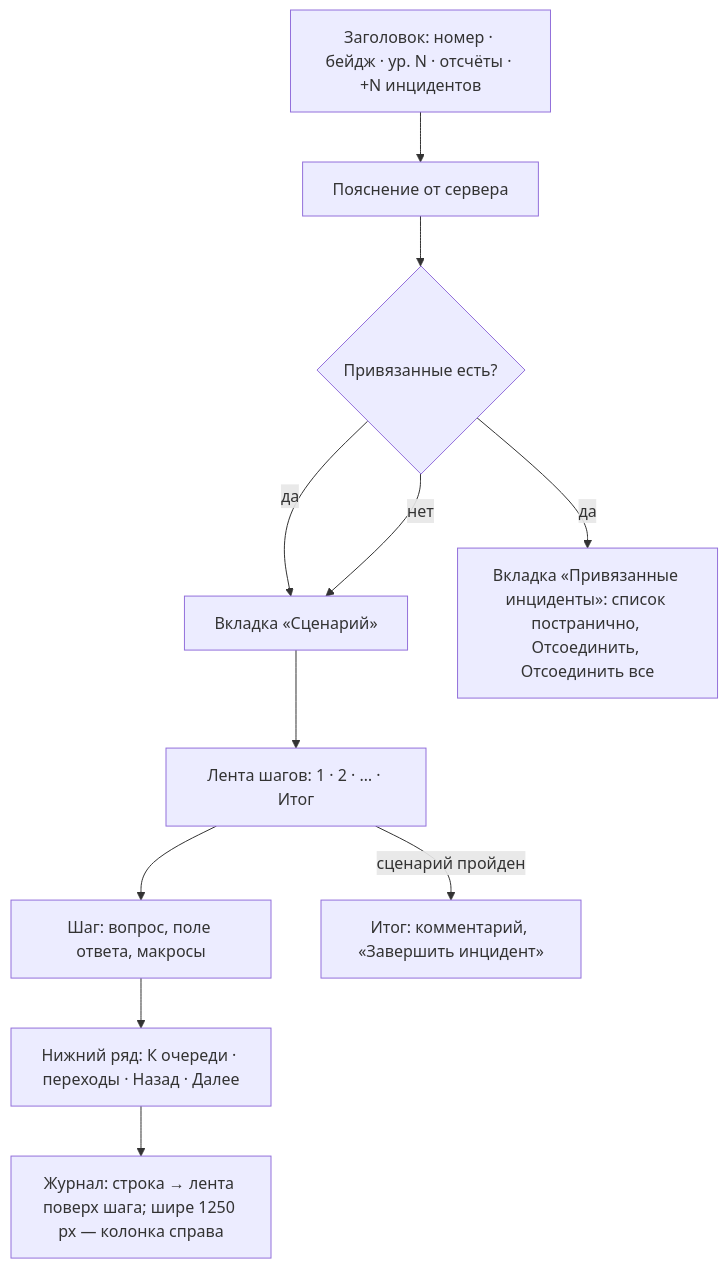
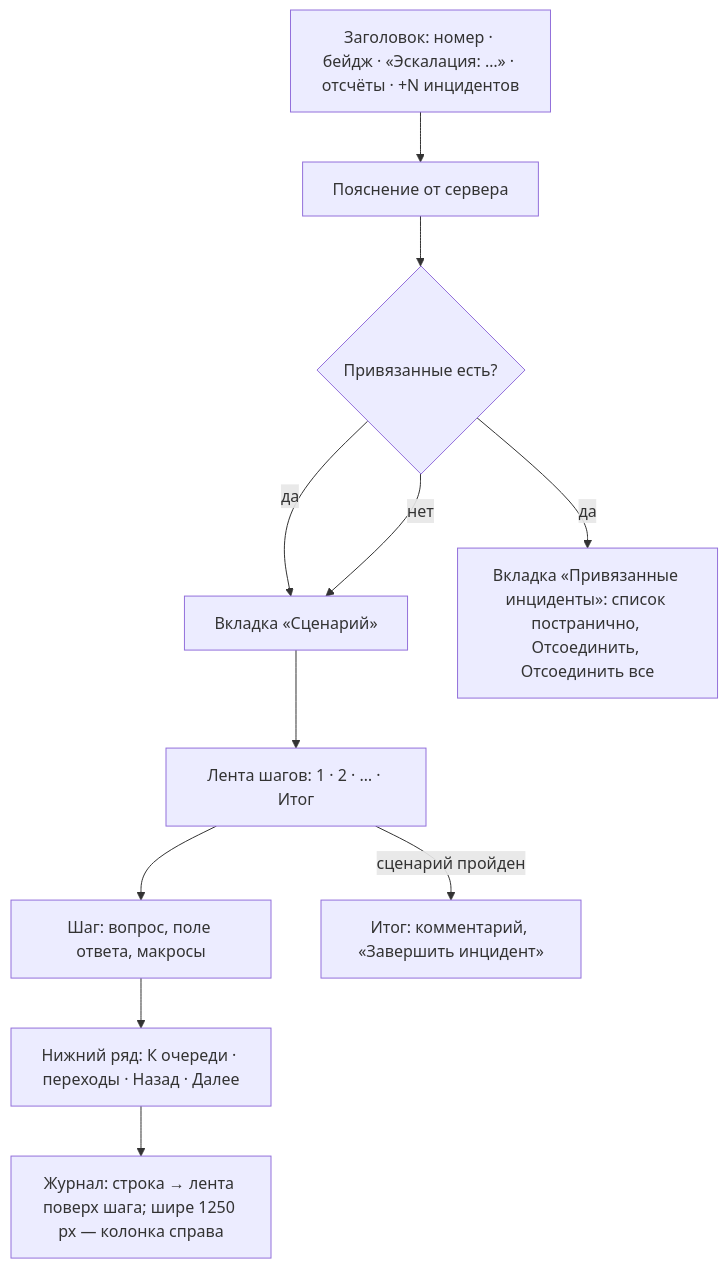
The third of 5 diagrams in Specification/Interface/SITEMAP.md (soulhome2/IM), drawn with Mermaid before and after one commit. The commit also changed 2 other files, not shown here.

Commit message:
Оповещения: руководство оператора — звенящий значок звука, значок звучащей строки, метка эскалации с названием уровня

````diff
--- a/Specification/Interface/SITEMAP.md
+++ b/Specification/Interface/SITEMAP.md
@@ -153,22 +153,22 @@
 ```mermaid
 flowchart TB
-  H["Заголовок: номер · бейдж · ур. N · отсчёты · +N инцидентов"]
+  H["Заголовок: номер · бейдж · «Эскалация: …» · отсчёты · +N инцидентов"]
   N["Пояснение от сервера"]
   TABS{"Привязанные есть?"}
   SC["Вкладка «Сценарий»"]
   LN["Вкладка «Привязанные инциденты»: список постранично, Отсоединить, Отсоединить все"]
   CR["Лента шагов: 1 · 2 · … · Итог"]
   ST["Шаг: вопрос, поле ответа, макросы"]
   SUM["Итог: комментарий, «Завершить инцидент»"]
   BOT["Нижний ряд: К очереди · переходы · Назад · Далее"]
   LOG["Журнал: строка → лента поверх шага; шире 1250 px — колонка справа"]
 
   H --> N --> TABS
   TABS -- "да" --> SC
   TABS -- "да" --> LN
   TABS -- "нет" --> SC
   SC --> CR --> ST
   CR -- "сценарий пройден" --> SUM
   ST --> BOT
   BOT --> LOG
 ```
````
